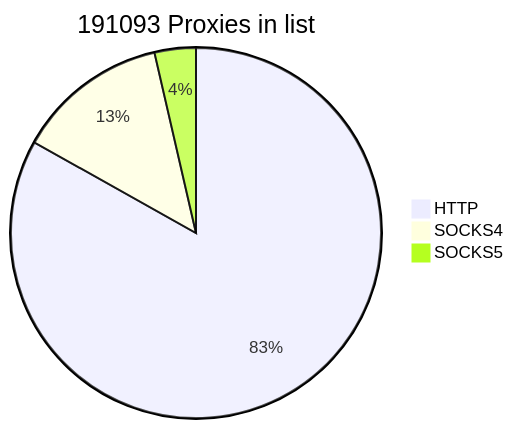
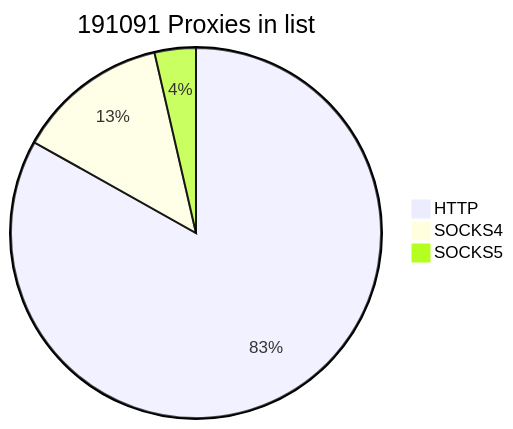
The first of 2 diagrams in README.md (cutipu/proxylist), drawn with Mermaid before and after one commit. The commit also changed other lines of this file, not shown here.

````diff
--- a/README.md
+++ b/README.md
@@ -2,7 +2,7 @@
 ```mermaid
-pie title 191093 Proxies in list
-    "HTTP" : 158859
-    "SOCKS4" : 25350
+pie title 191091 Proxies in list
+    "HTTP" : 158860
+    "SOCKS4" : 25347
     "SOCKS5" : 6884
             
 ```
````
